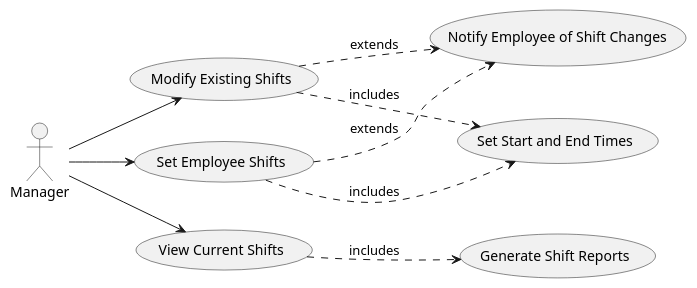
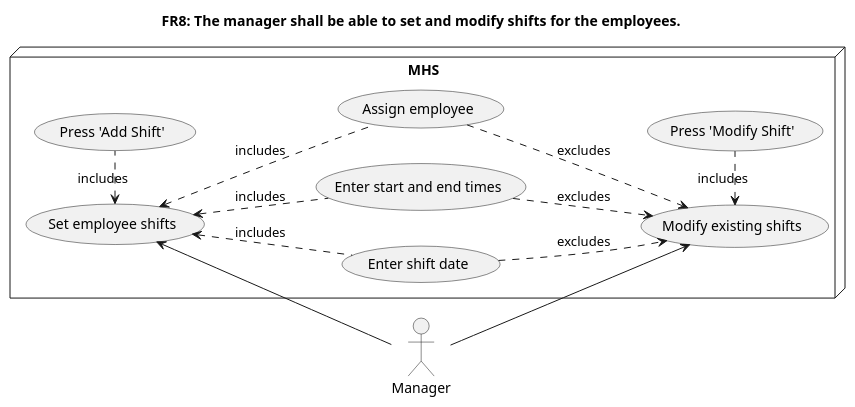
Before and after one commit to notkaramel/ECSE321-Mar1HotelSystem: the diagram in documentation/UMLCodes/FR8UCDiagram.plantuml, drawn with PlantUML. The commit also changed 2 other files, not shown here.

```diff
--- a/documentation/UMLCodes/FR8UCDiagram.plantuml
+++ b/documentation/UMLCodes/FR8UCDiagram.plantuml
@@ -1,27 +1,34 @@
 @startuml ShiftManagementUC
-
-' Setting the direction of flow
-left to right direction
-
-' Use cases for Shift Management
-(Set Employee Shifts) as UC1
-(Modify Existing Shifts) as UC2
-(View Current Shifts) as UC3
-(Set Start and End Times) as UC4
-(Notify Employee of Shift Changes) as UC5
-(Generate Shift Reports) as UC6
+title FR8: The manager shall be able to set and modify shifts for the employees.
 
 ' Actor
-actor "Manager" as manager
+:Manager: as manager
 
-'Associations
-manager --> UC1
-UC1 ..> UC4 : includes
+node MHS {
+    ' Use cases
+    (Set employee shifts) as UC1
+    (Modify existing shifts) as UC2
+    (Enter shift date) as UC3
+    (Enter start and end times) as UC4
+    (Assign employee) as UC5
+    (Press 'Add Shift') as UC6
+    (Press 'Modify Shift') as UC7
+
+    ' Associations
+    left to right direction
+    UC3 .up.> UC1 : includes
+    UC4 .up.> UC1 : includes
+    UC5 .up.> UC1 : includes
+    UC6 .left.> UC1 : includes
+    UC3 ..> UC2 : excludes
+    UC4 ..> UC2 : excludes
+    UC5 ..> UC2 : excludes
+    UC7 .left.> UC2 : includes
+}
+
+
+manager -left-> UC1
 manager --> UC2
-UC2 ..> UC4 : includes
-UC1 ..> UC5 : extends
-UC2 ..> UC5 : extends
-manager --> UC3
-UC3 ..> UC6 : includes
+
 
 @enduml
```
